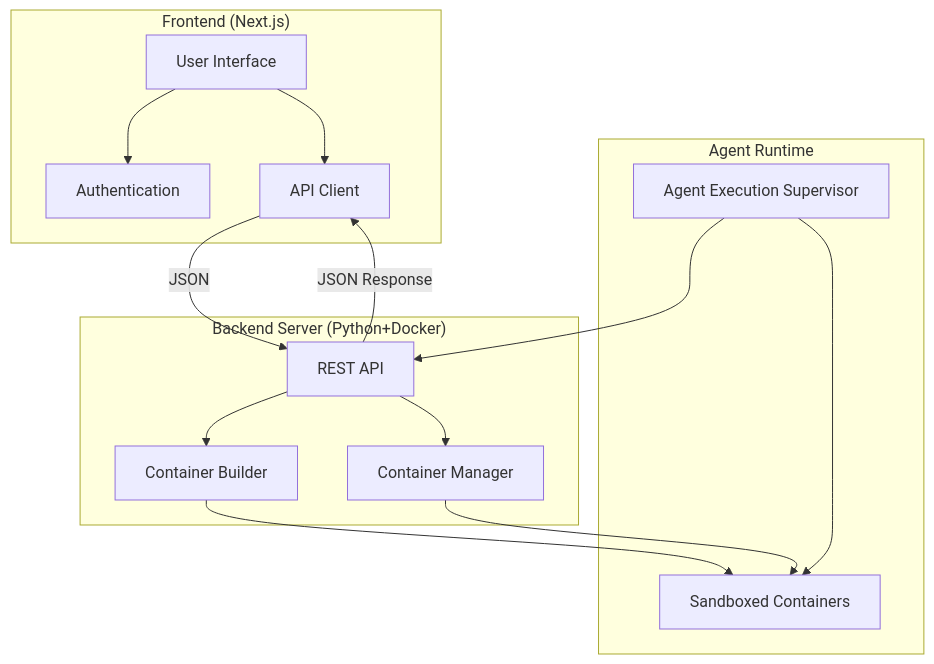
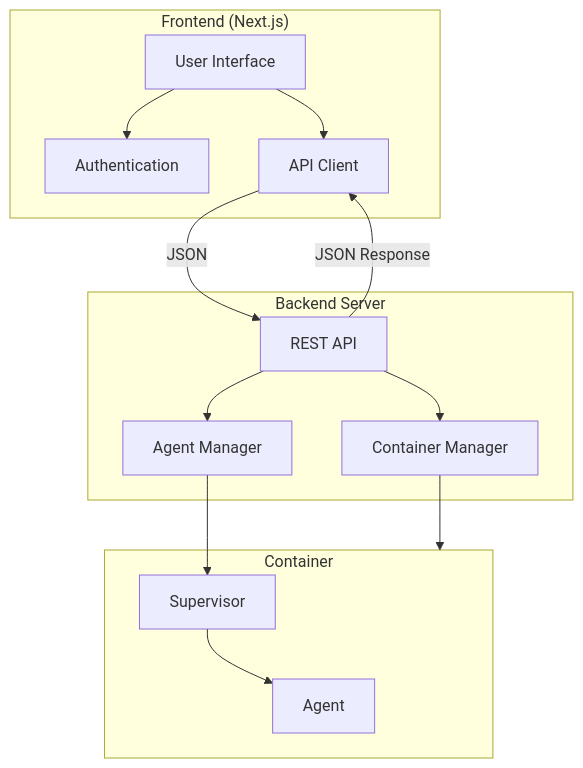
Before and after one commit to franckc/launchpad: the diagram in README.md, drawn with Mermaid.

Commit message:
Tweak README

````diff
--- a/README.md
+++ b/README.md
@@ -48,30 +48,29 @@
 ```mermaid
 graph TB
     subgraph "Frontend (Next.js)"
         UI[User Interface]
         Auth[Authentication]
         API_Client[API Client]
     end
     
-    subgraph "Backend Server (Python+Docker)"
+    subgraph "Backend Server"
         API[REST API]
-        Builder[Container Builder]
-        Manager[Container Manager]
+        Container_Manager[Container Manager]
+        Agent_Manager[Agent Manager]
     end
     
-    subgraph "Agent Runtime"
-        Container[Sandboxed Containers]
-        Supervisor[Agent Execution Supervisor]
+    subgraph "Container"
+        Agent[Agent]
+        Supervisor[Supervisor]
     end
     
     UI --> Auth
     UI --> API_Client
     API_Client -- JSON --> API
     API -- JSON Response --> API_Client
-    API --> Builder
-    Builder --> Container
-    API --> Manager
-    Manager --> Container
-    Supervisor --> Container
-    Supervisor --> API
+    API --> Agent_Manager
+    API --> Container_Manager
+    Container_Manager --> Container
+    Agent_Manager --> Supervisor
+    Supervisor --> Agent
 ```
````
